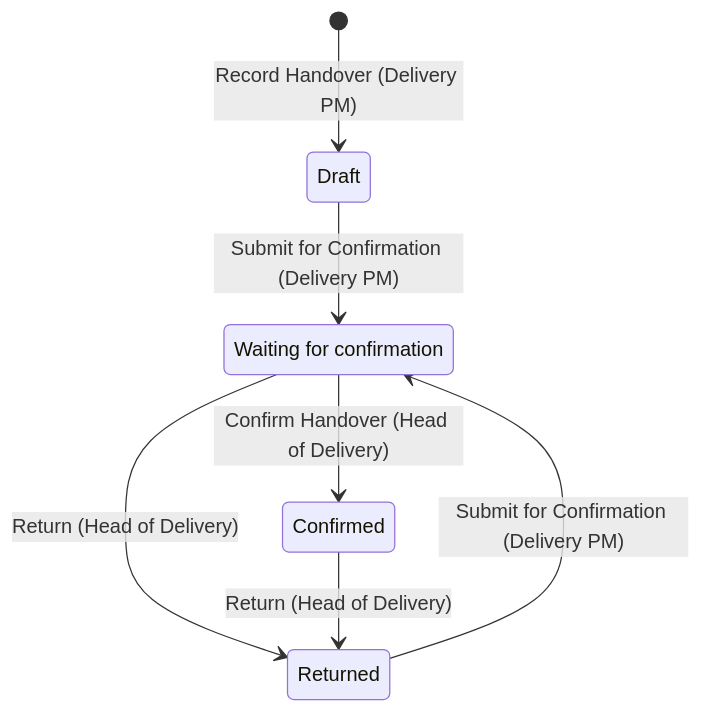
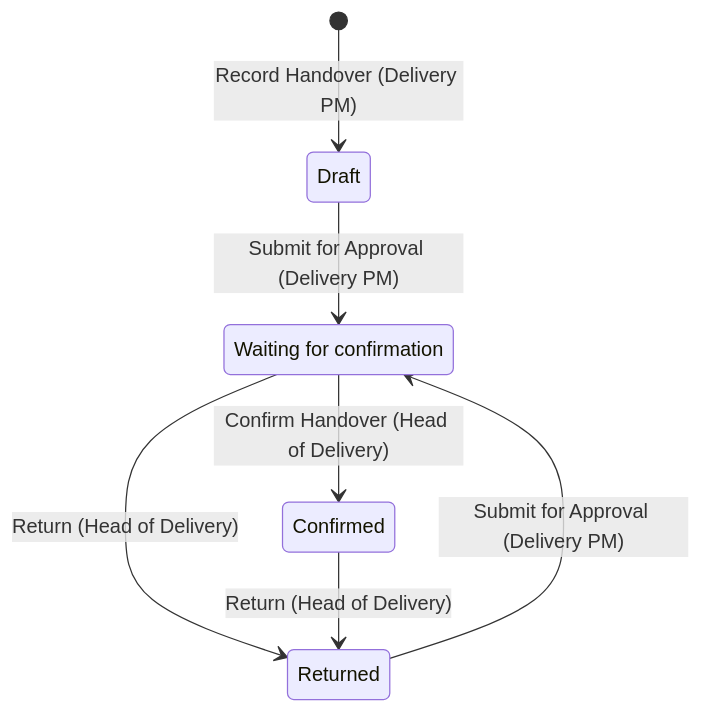
One commit to dennokorir/tritel_erp_training changed the first of 2 diagrams in training-portal/src/content/docs/projects/workflows/handover.mdx. Above: the diagram before and after it, drawn with Mermaid. The commit also changed other lines of this file and 146 other files, not shown here.

````diff
--- a/training-portal/src/content/docs/projects/workflows/handover.mdx
+++ b/training-portal/src/content/docs/projects/workflows/handover.mdx
@@ -29,14 +29,14 @@
 ```mermaid
 stateDiagram-v2
 %% docs-sync: shows tritel_project_delivery:group:group_delivery_head, tritel_project_delivery:menu:menu_delivery_config, tritel_project_delivery:menu:menu_delivery_root, tritel_project_delivery:selection:project.delivery.handover.state, tritel_project_delivery:selection:project.project.handover_state, tritel_project_delivery:view_ext:project.edit_project:button:record-handover
   state "Draft" as draft
   state "Waiting for confirmation" as waiting
   state "Confirmed" as confirmed
   state "Returned" as returned
   [*] --> draft: Record Handover (Delivery PM)
-  draft --> waiting: Submit for Confirmation (Delivery PM)
+  draft --> waiting: Submit for Approval (Delivery PM)
   waiting --> confirmed: Confirm Handover (Head of Delivery)
   waiting --> returned: Return (Head of Delivery)
   confirmed --> returned: Return (Head of Delivery)
-  returned --> waiting: Submit for Confirmation (Delivery PM)
+  returned --> waiting: Submit for Approval (Delivery PM)
 ```
````
